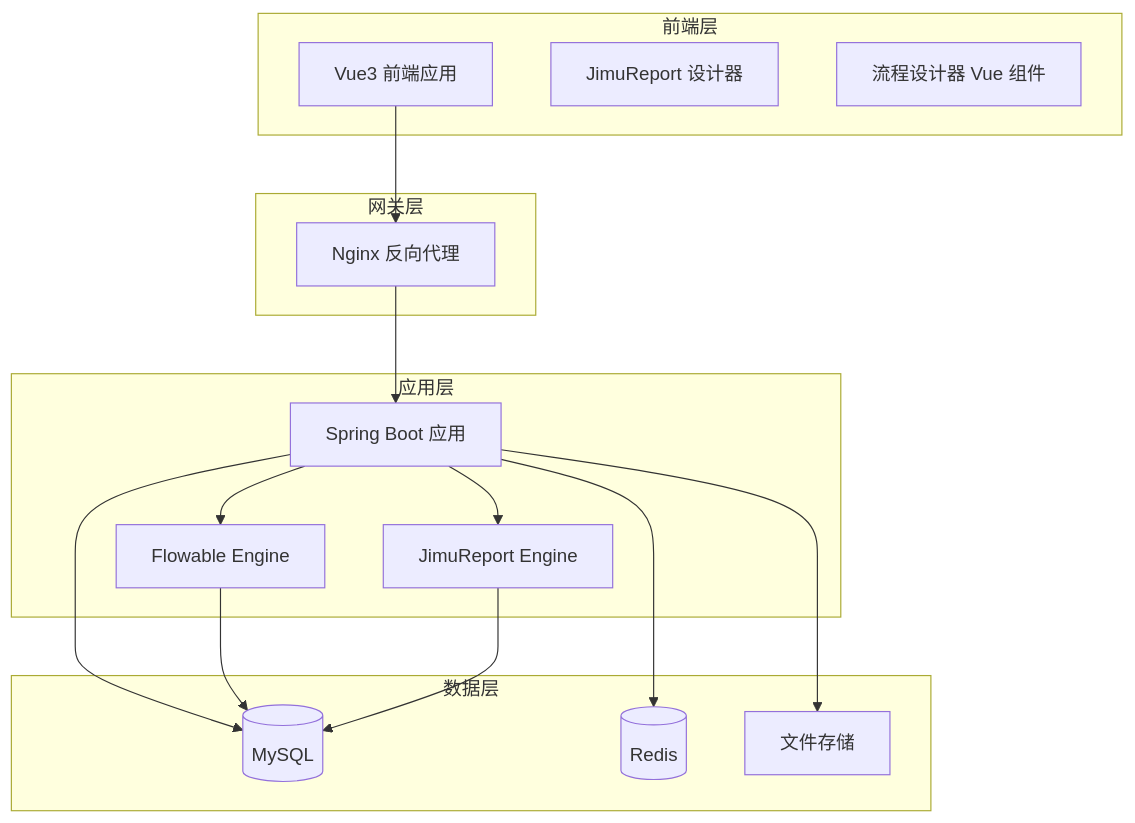
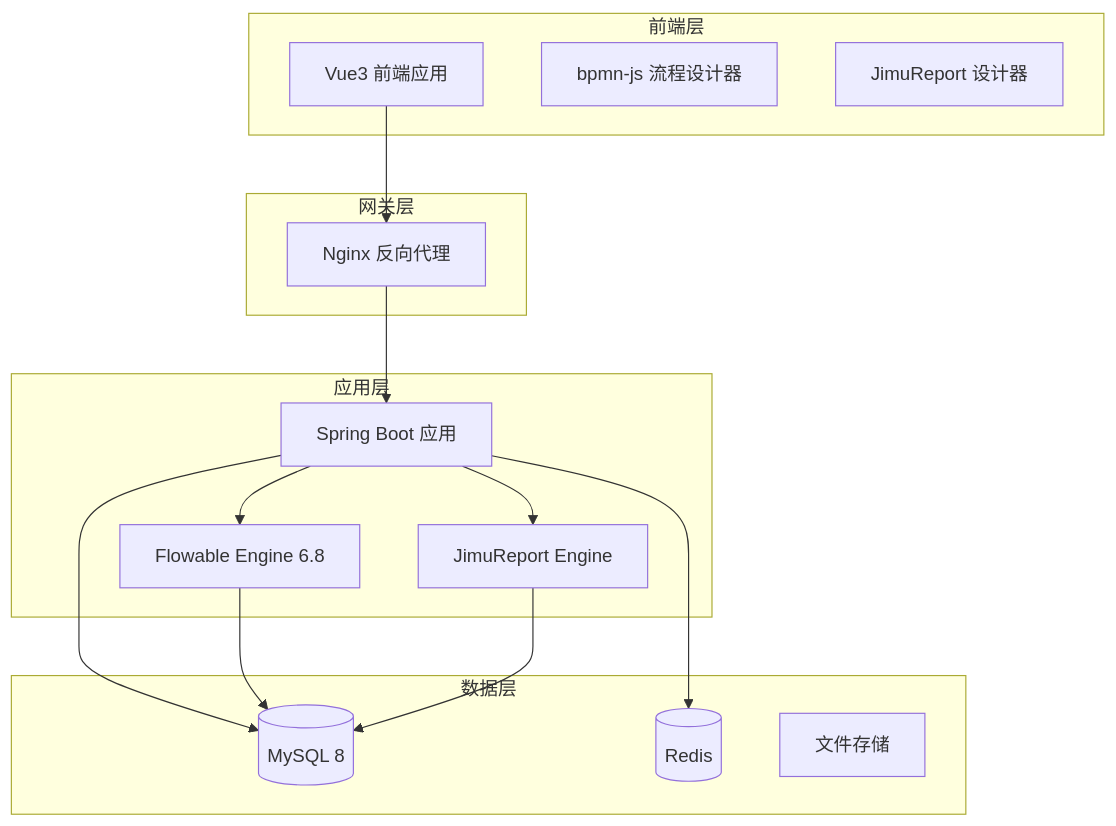
Before and after one commit to xuhenry123/RuoyiFlowableJImu: the first of 2 diagrams in .monkeycode/specs/2026-03-29-ruoyi-flowable-jimu/design.md, drawn with Mermaid. The commit also changed other lines of this file and 1 other file, not shown here.

````diff
--- a/.monkeycode/specs/2026-03-29-ruoyi-flowable-jimu/design.md
+++ b/.monkeycode/specs/2026-03-29-ruoyi-flowable-jimu/design.md
@@ -40,34 +41,33 @@
 ```mermaid
 graph TD
     subgraph 前端层
         UI[Vue3 前端应用]
-        DS[JimuReport 设计器]
-        RV[流程设计器 Vue 组件]
+        BPMN[bpmn-js 流程设计器]
+        JIMU[JimuReport 设计器]
     end
     
     subgraph 网关层
         NGINX[Nginx 反向代理]
     end
     
     subgraph 应用层
         API[Spring Boot 应用]
-        FLOW[Flowable Engine]
+        FLOW[Flowable Engine 6.8]
         RPT[JimuReport Engine]
     end
     
     subgraph 数据层
-        MYSQL[(MySQL)]
+        MYSQL[(MySQL 8)]
         REDIS[(Redis)]
         OSS[文件存储]
     end
     
     UI --> NGINX
     NGINX --> API
     API --> FLOW
     API --> RPT
     API --> MYSQL
     API --> REDIS
-    API --> OSS
     FLOW --> MYSQL
     RPT --> MYSQL
 ```
````
